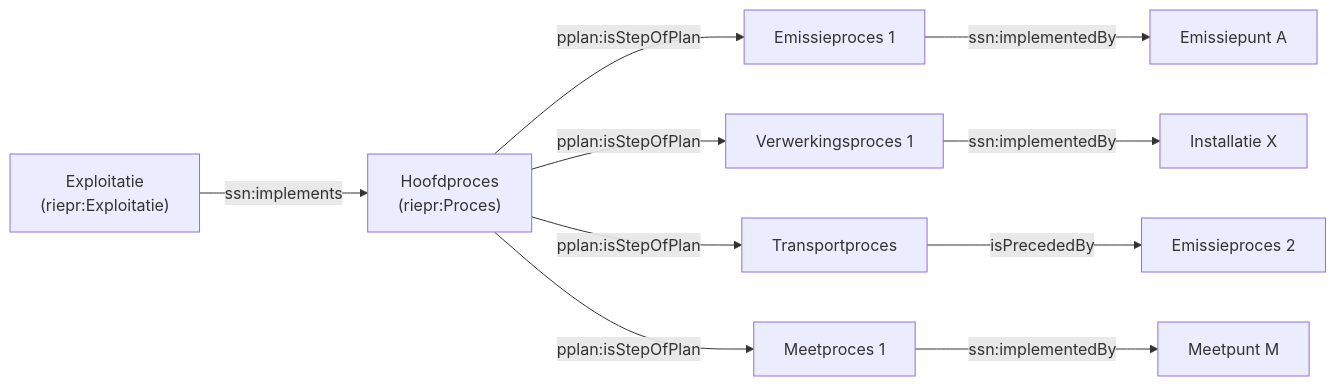
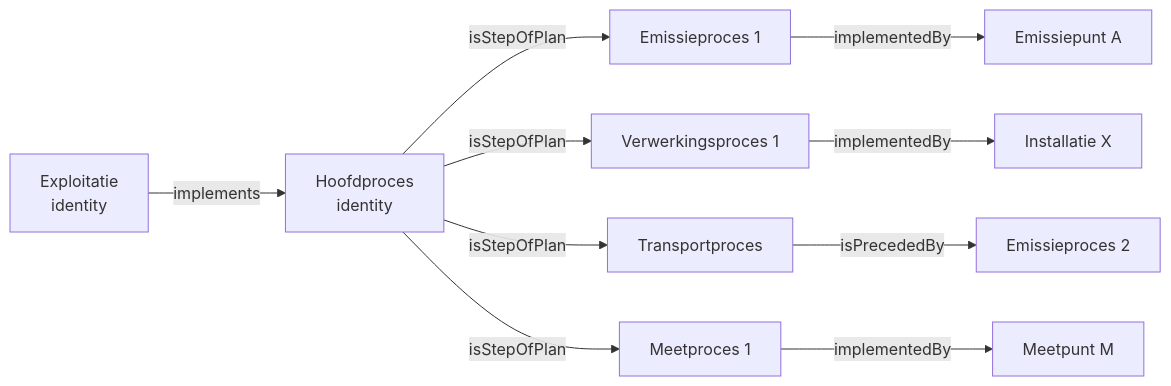
The diagram in documentatie/datamodel/afname/EXPLOITANT.md (milieuinfo/RIE-IEPR), drawn with Mermaid before and after one commit. The commit also changed 38 other files, not shown here.

Commit message:
docs: aanpassingen documentatie en mermaid

````diff
--- a/documentatie/datamodel/afname/EXPLOITANT.md
+++ b/documentatie/datamodel/afname/EXPLOITANT.md
@@ -194,12 +194,12 @@
 ```mermaid
 graph LR
-    Exploitatie["Exploitatie<br/>(riepr:Exploitatie)"] -->|ssn:implements| HoofdProces["Hoofdproces<br/>(riepr:Proces)"]
-    HoofdProces -->|pplan:isStepOfPlan| Emissie1["Emissieproces 1"]
-    HoofdProces -->|pplan:isStepOfPlan| Verwerking1["Verwerkingsproces 1"]
-    HoofdProces -->|pplan:isStepOfPlan| Transport["Transportproces"]
-    HoofdProces -->|pplan:isStepOfPlan| Meet1["Meetproces 1"]
-    Emissie1 -->|ssn:implementedBy| EmissiepuntA["Emissiepunt A"]
-    Verwerking1 -->|ssn:implementedBy| InstallatieX["Installatie X"]
+    Exploitatie["Exploitatie<br/>identity"] -->|implements| HoofdProces["Hoofdproces<br/>identity"]
+    HoofdProces -->|isStepOfPlan| Emissie1["Emissieproces 1"]
+    HoofdProces -->|isStepOfPlan| Verwerking1["Verwerkingsproces 1"]
+    HoofdProces -->|isStepOfPlan| Transport["Transportproces"]
+    HoofdProces -->|isStepOfPlan| Meet1["Meetproces 1"]
+    Emissie1 -->|implementedBy| EmissiepuntA["Emissiepunt A"]
+    Verwerking1 -->|implementedBy| InstallatieX["Installatie X"]
     Transport -->|isPrecededBy| Emissie2["Emissieproces 2"]
-    Meet1 -->|ssn:implementedBy| MeetpuntM["Meetpunt M"]
+    Meet1 -->|implementedBy| MeetpuntM["Meetpunt M"]
 ```
````
